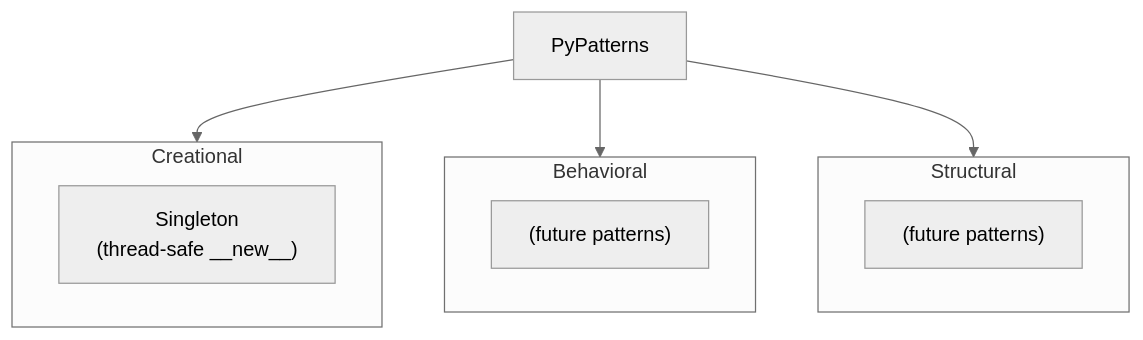
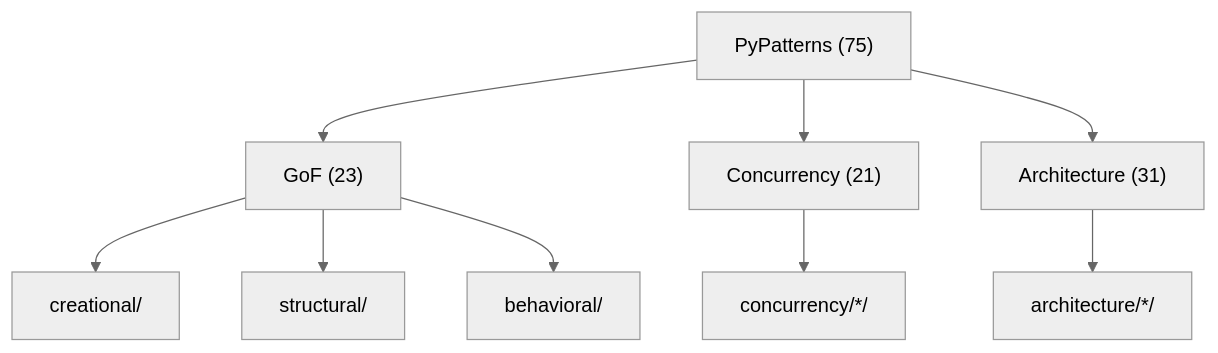
Before and after one commit to rslakra/PySuite: the diagram in PyPatterns/README.md, drawn with Mermaid (neutral theme). The commit also changed other lines of this file and 95 other files, not shown here.

````diff
--- a/PyPatterns/README.md
+++ b/PyPatterns/README.md
@@ -120,18 +75,13 @@
 ```mermaid
 flowchart TB
-  subgraph creational ["Creational"]
-    S["Singleton\n(thread-safe __new__)"]
-  end
+  Root["PyPatterns (75)"]
+  Root --> GoF["GoF (23)"]
+  Root --> Con["Concurrency (21)"]
+  Root --> Arch["Architecture (31)"]
 
-  subgraph behavioral ["Behavioral"]
-    B["(future patterns)"]
-  end
-
-  subgraph structural ["Structural"]
-    ST["(future patterns)"]
-  end
-
-  PyPatterns["PyPatterns"] --> creational
-  PyPatterns --> behavioral
-  PyPatterns --> structural
+  GoF --> C["creational/"]
+  GoF --> S["structural/"]
+  GoF --> B["behavioral/"]
+  Con --> CDemo["concurrency/*/"]
+  Arch --> ADemo["architecture/*/"]
 ```
````
